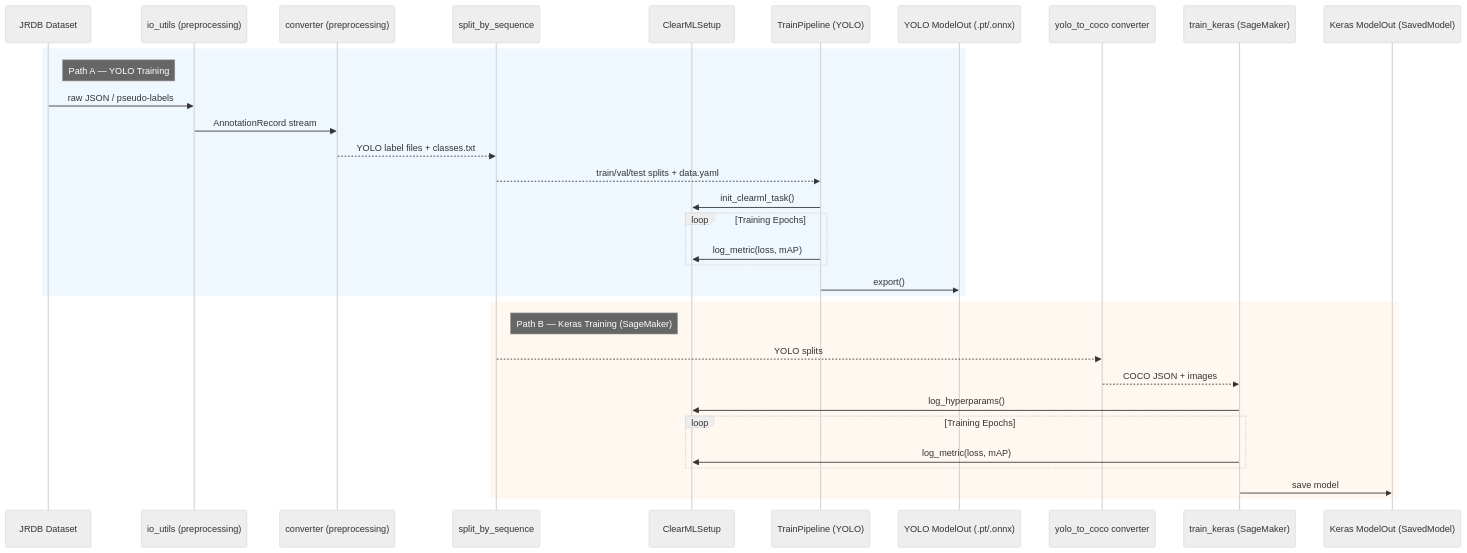
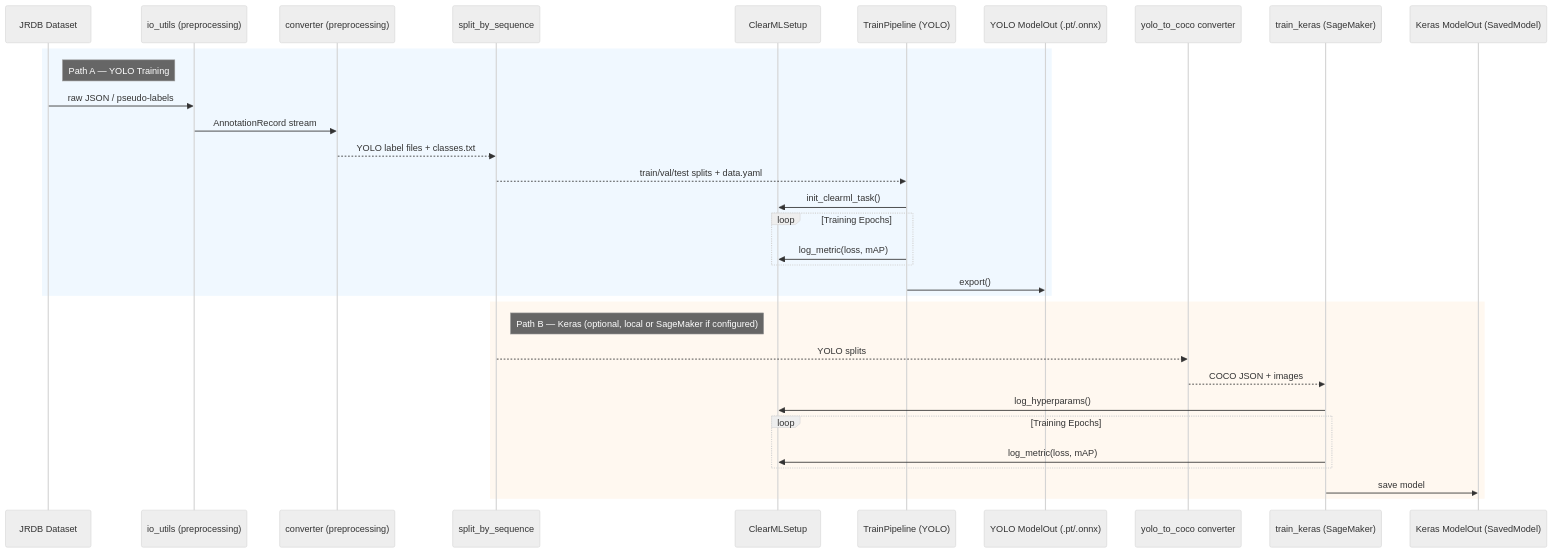
One commit to salieri009/DeepLearning42028UTS changed the fifth of 5 diagrams in README.md. Above: the diagram before and after it, drawn with Mermaid (neutral theme). The commit also changed other lines of this file and 1 other file, not shown here.

First line of the commit message:
docs(readme): CrowdNav paths, training (g4dn), layout, and updated commands

````diff
--- a/README.md
+++ b/README.md
@@ -425,37 +467,37 @@
 ```mermaid
 sequenceDiagram
     participant JRDB as JRDB Dataset
     participant IO as io_utils (preprocessing)
     participant Conv as converter (preprocessing)
     participant Split as split_by_sequence
     participant CML as ClearMLSetup
 
     rect rgb(240,248,255)
     note right of JRDB: Path A — YOLO Training
     participant TP as TrainPipeline (YOLO)
     participant YOut as YOLO ModelOut (.pt/.onnx)
     JRDB->>IO: raw JSON / pseudo-labels
     IO->>Conv: AnnotationRecord stream
     Conv-->>Split: YOLO label files + classes.txt
     Split-->>TP: train/val/test splits + data.yaml
     TP->>CML: init_clearml_task()
     loop Training Epochs
         TP->>CML: log_metric(loss, mAP)
     end
     TP->>YOut: export()
     end
 
     rect rgb(255,248,240)
-    note right of Split: Path B — Keras Training (SageMaker)
+    note right of Split: Path B — Keras (optional, local or SageMaker if configured)
     participant COCO as yolo_to_coco converter
     participant KT as train_keras (SageMaker)
     participant KOut as Keras ModelOut (SavedModel)
     Split-->>COCO: YOLO splits
     COCO-->>KT: COCO JSON + images
     KT->>CML: log_hyperparams()
     loop Training Epochs
         KT->>CML: log_metric(loss, mAP)
     end
     KT->>KOut: save model
     end
 ```
````
